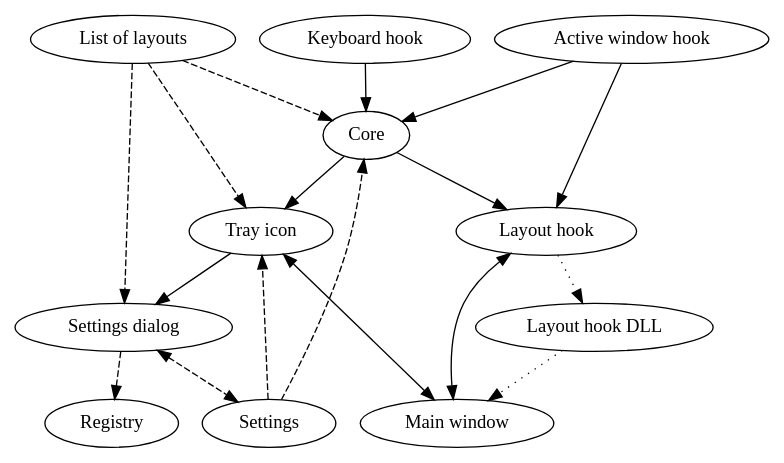
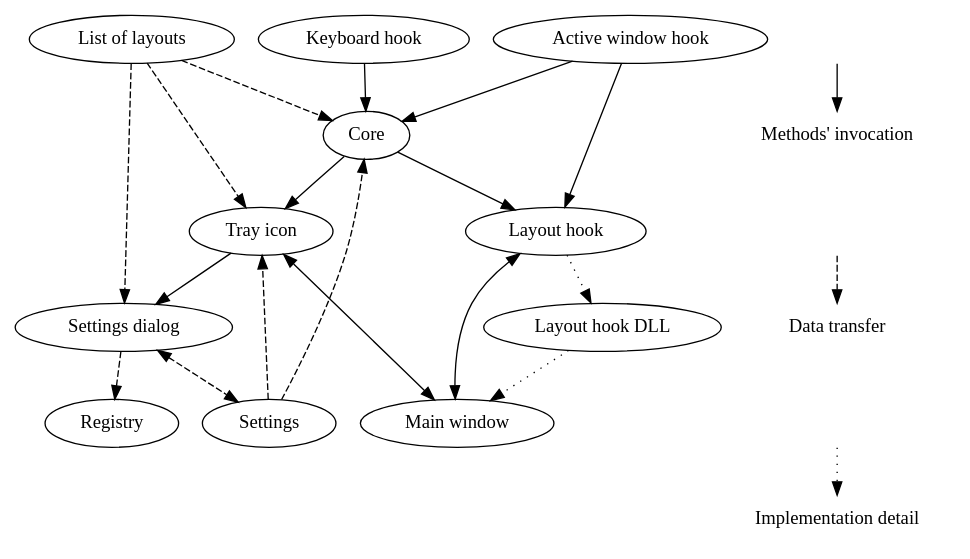
Before and after one commit to Rudokhvist/keyla: the diagram in diagrams/interaction.dot, drawn with Graphviz. The commit also changed 17 other files, not shown here.

Commit message:
Modified hot key handling and updated diagrams

```diff
--- a/diagrams/interaction.dot
+++ b/diagrams/interaction.dot
@@ -1,34 +1,49 @@
-digraph initialization{	
-	overlap=scale
+digraph initialization{
 
 	Core
 	Kh[label="Keyboard hook"]
 	Ah[label="Active window hook"]
 	Lol[label="List of layouts"]
 	Mw[label="Main window"]
 	Registry
 	Sd[label="Settings dialog"]
 	Settings	
 	Ti[label="Tray icon"]
 	Lh[label="Layout hook"]
 	Lhd[label="Layout hook DLL"]
 	
 	Core -> Ti
 	Kh -> Core
 	Ah -> Core
 	Lol -> Core[style="dashed"]
 	Lol -> Sd[style="dashed"]
 	Lol -> Ti[style="dashed"]
 	Sd -> Registry[style="dashed"]
 	Sd -> Settings[style="dashed", dir="both"]
 	Settings -> Core[style="dashed"]
 	Settings -> Ti[style="dashed"]
 	Ti -> Mw[dir="both"]
 	Ti -> Sd
 	
 	Core -> Lh
 	Ah -> Lh
 	Lh -> Mw[dir="both"]
 	Lh -> Lhd[style="dotted"]
-	Lhd -> Mw[style="dotted"]	
+	Lhd -> Mw[style="dotted"]
+	
+	
+	2[style="invis"]
+	3[shape="plaintext",label="Methods' invocation"]
+	4[style="invis"]
+	5[shape="plaintext",label="Data transfer"]
+	6[style="invis"]
+	7[shape="plaintext",label="Implementation detail"]
+	
+	/* Legend */
+	
+	2->3
+	3->4[style="invis"]
+	4->5[style="dashed"]
+	5->6[style="invis"]
+	6->7[style="dotted"]
 }
```
